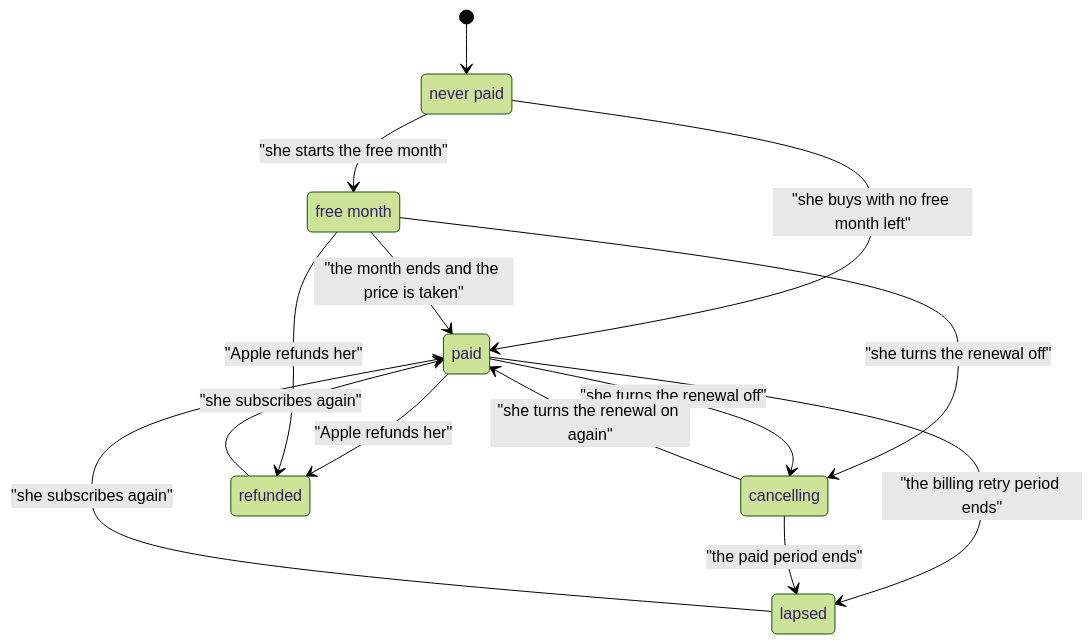
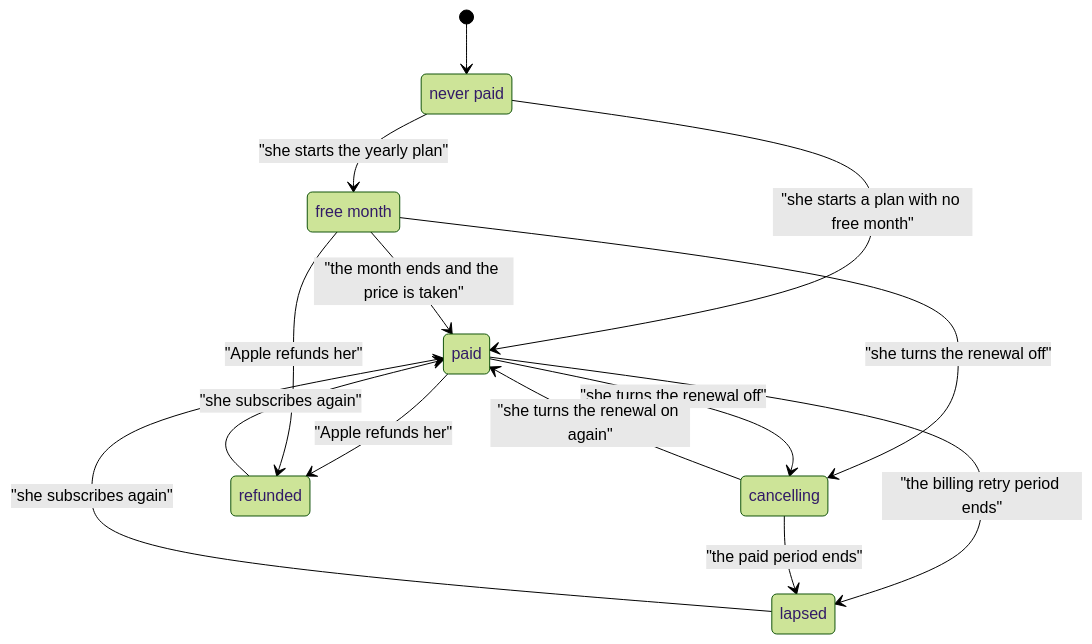
The first of 2 diagrams in docs/design/app-store-payments.md (atlantic-blue/emi), drawn with Mermaid (forest theme) before and after one commit. The commit also changed other lines of this file, not shown here.

````diff
--- a/docs/design/app-store-payments.md
+++ b/docs/design/app-store-payments.md
@@ -288,22 +296,22 @@
 ```mermaid
 stateDiagram-v2
     state "never paid" as NeverPaid
     state "free month" as FreeMonth
     state "paid" as Paid
     state "cancelling" as Cancelling
     state "lapsed" as Lapsed
     state "refunded" as Refunded
     [*] --> NeverPaid
-    NeverPaid --> FreeMonth : "she starts the free month"
-    NeverPaid --> Paid : "she buys with no free month left"
+    NeverPaid --> FreeMonth : "she starts the yearly plan"
+    NeverPaid --> Paid : "she starts a plan with no free month"
     FreeMonth --> Paid : "the month ends and the price is taken"
     FreeMonth --> Cancelling : "she turns the renewal off"
     Paid --> Cancelling : "she turns the renewal off"
     Paid --> Lapsed : "the billing retry period ends"
     Cancelling --> Paid : "she turns the renewal on again"
     Cancelling --> Lapsed : "the paid period ends"
     Paid --> Refunded : "Apple refunds her"
     FreeMonth --> Refunded : "Apple refunds her"
     Lapsed --> Paid : "she subscribes again"
     Refunded --> Paid : "she subscribes again"
 ```
````
